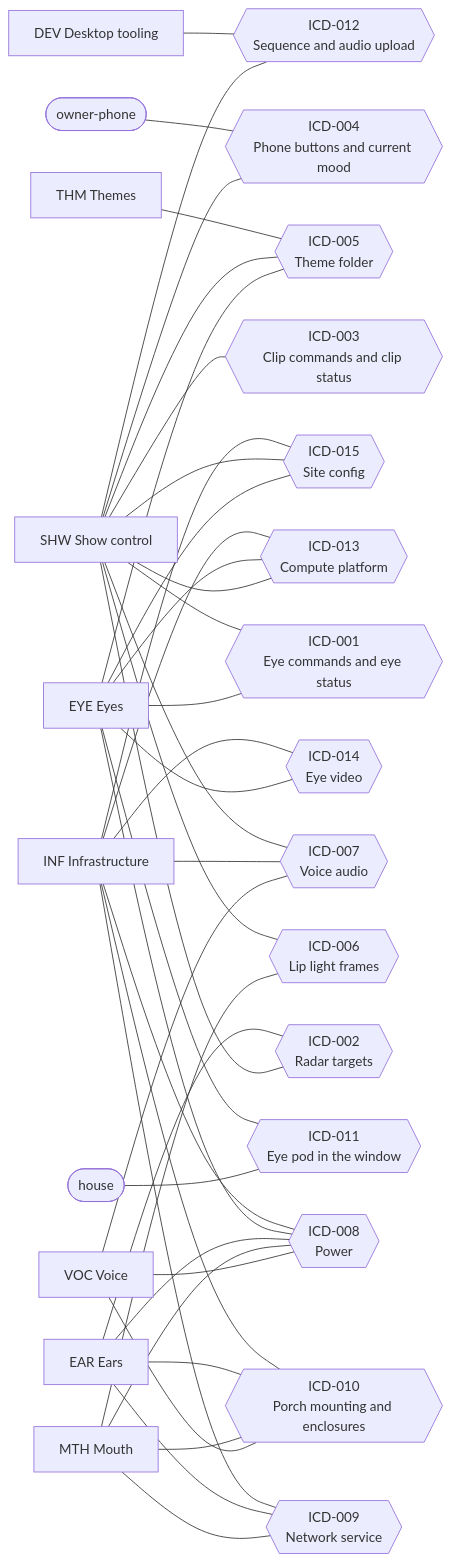
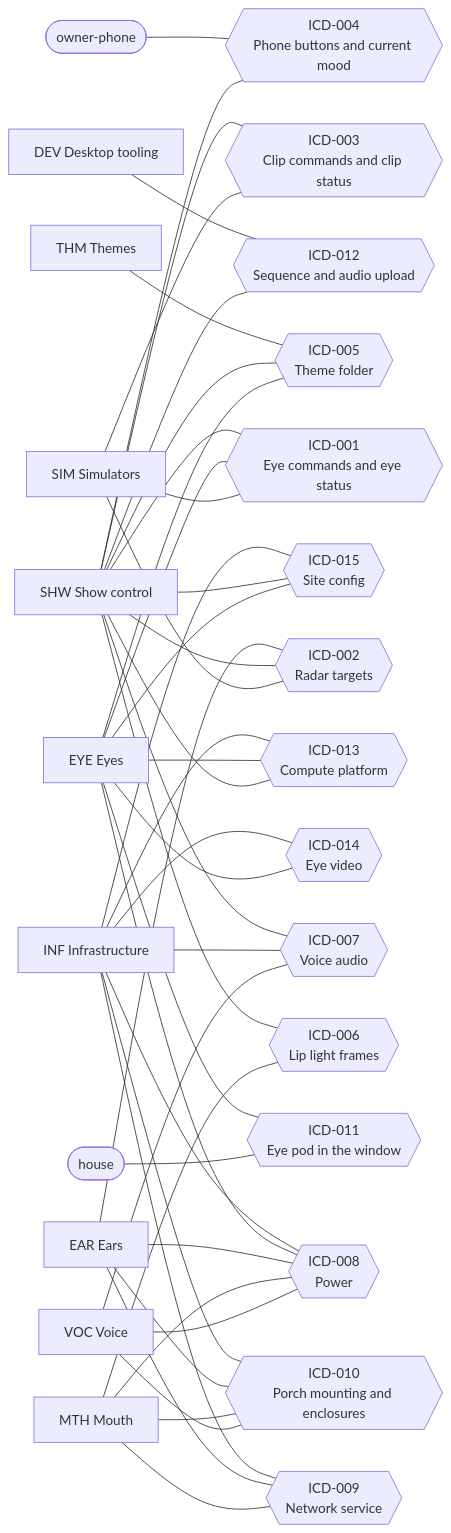
One commit to goatsnboats/monster-house changed the tenth of 10 diagrams in docs/requirements/trace.md. Above: the diagram before and after it, drawn with Mermaid. The commit also changed other lines of this file and 15 other files, not shown here.

````diff
--- a/docs/requirements/trace.md
+++ b/docs/requirements/trace.md
@@ -222,57 +634,60 @@
 ```mermaid
 flowchart LR
   ICD_001{{"ICD-001<br/>Eye commands and eye status"}}
   SHW["SHW Show control"] --- ICD_001
   EYE["EYE Eyes"] --- ICD_001
+  SIM["SIM Simulators"] --- ICD_001
   ICD_002{{"ICD-002<br/>Radar targets"}}
   EAR["EAR Ears"] --- ICD_002
   SHW["SHW Show control"] --- ICD_002
+  SIM["SIM Simulators"] --- ICD_002
   ICD_003{{"ICD-003<br/>Clip commands and clip status"}}
   SHW["SHW Show control"] --- ICD_003
+  SIM["SIM Simulators"] --- ICD_003
   ICD_004{{"ICD-004<br/>Phone buttons and current mood"}}
   owner_phone(["owner-phone"]) --- ICD_004
   SHW["SHW Show control"] --- ICD_004
   ICD_005{{"ICD-005<br/>Theme folder"}}
   THM["THM Themes"] --- ICD_005
   SHW["SHW Show control"] --- ICD_005
   EYE["EYE Eyes"] --- ICD_005
   ICD_006{{"ICD-006<br/>Lip light frames"}}
   SHW["SHW Show control"] --- ICD_006
   MTH["MTH Mouth"] --- ICD_006
   ICD_007{{"ICD-007<br/>Voice audio"}}
   SHW["SHW Show control"] --- ICD_007
   INF["INF Infrastructure"] --- ICD_007
   VOC["VOC Voice"] --- ICD_007
   ICD_008{{"ICD-008<br/>Power"}}
   INF["INF Infrastructure"] --- ICD_008
   EYE["EYE Eyes"] --- ICD_008
   EAR["EAR Ears"] --- ICD_008
   MTH["MTH Mouth"] --- ICD_008
   VOC["VOC Voice"] --- ICD_008
   ICD_009{{"ICD-009<br/>Network service"}}
   INF["INF Infrastructure"] --- ICD_009
   EAR["EAR Ears"] --- ICD_009
   MTH["MTH Mouth"] --- ICD_009
   ICD_010{{"ICD-010<br/>Porch mounting and enclosures"}}
   INF["INF Infrastructure"] --- ICD_010
   EAR["EAR Ears"] --- ICD_010
   MTH["MTH Mouth"] --- ICD_010
   VOC["VOC Voice"] --- ICD_010
   ICD_011{{"ICD-011<br/>Eye pod in the window"}}
   EYE["EYE Eyes"] --- ICD_011
   house(["house"]) --- ICD_011
   ICD_012{{"ICD-012<br/>Sequence and audio upload"}}
   DEV["DEV Desktop tooling"] --- ICD_012
   SHW["SHW Show control"] --- ICD_012
   ICD_013{{"ICD-013<br/>Compute platform"}}
   INF["INF Infrastructure"] --- ICD_013
   EYE["EYE Eyes"] --- ICD_013
   SHW["SHW Show control"] --- ICD_013
   ICD_014{{"ICD-014<br/>Eye video"}}
   INF["INF Infrastructure"] --- ICD_014
   EYE["EYE Eyes"] --- ICD_014
   ICD_015{{"ICD-015<br/>Site config"}}
   INF["INF Infrastructure"] --- ICD_015
   SHW["SHW Show control"] --- ICD_015
   EYE["EYE Eyes"] --- ICD_015
 ```
````
